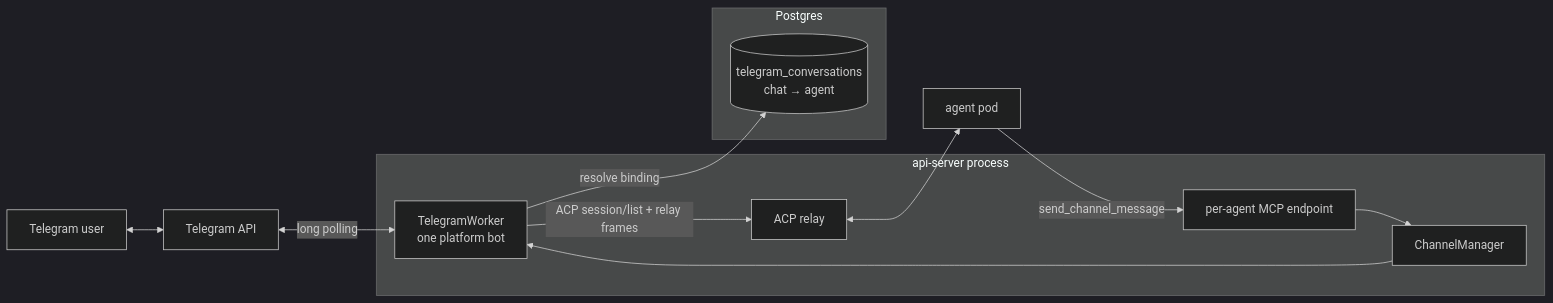
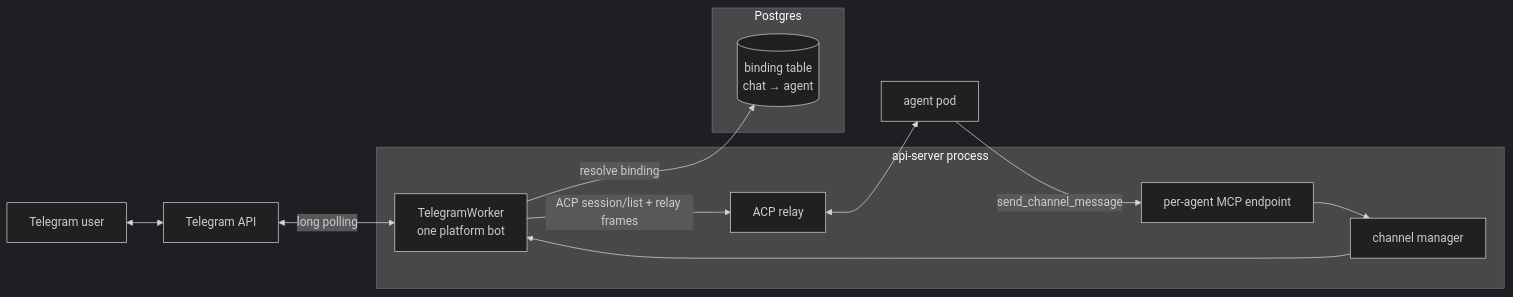
Before and after one commit to dam-agents/dam: the second of 3 diagrams in docs/architecture/channels.md, drawn with Mermaid (dark theme). The commit also changed other lines of this file and 2 other files, not shown here.

First paragraph of the commit message:
fix(channels): hold the next turn while a batch is still claimed
Addresses the third guardian review on #3500.

````diff
--- a/docs/architecture/channels.md
+++ b/docs/architecture/channels.md
@@ -86,27 +86,27 @@
 ```mermaid
 flowchart LR
   TU[Telegram user]
   TAPI[Telegram API]
 
   subgraph api-server[api-server process]
-    CM[ChannelManager]
+    CM[channel manager]
     TW[TelegramWorker<br/>one platform bot]
     MCP[per-agent MCP endpoint]
     REL[ACP relay]
   end
 
   subgraph DB[Postgres]
-    BND[(telegram_conversations<br/>chat → agent)]
+    BND[(binding table<br/>chat → agent)]
   end
 
   POD[agent pod]
 
   TU <--> TAPI
   TAPI <-- long polling --> TW
   CM --> TW
   TW -- resolve binding --> BND
   TW -- ACP session/list + relay frames --> REL
   REL <--> POD
   POD -- send_channel_message --> MCP
   MCP --> CM
 ```
````
